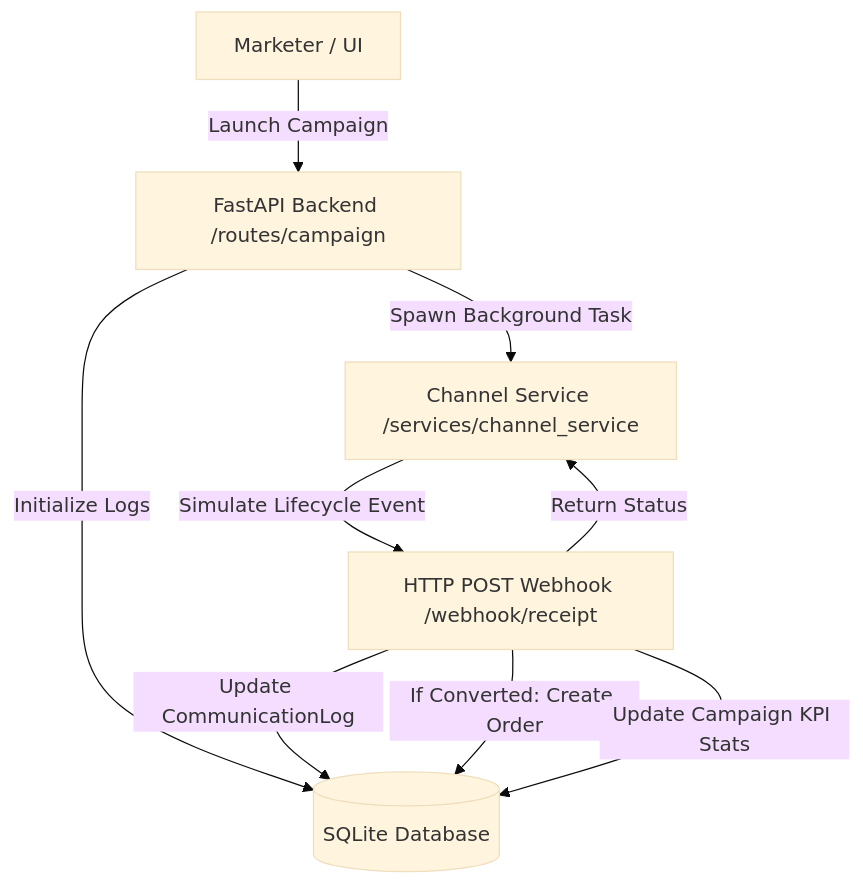
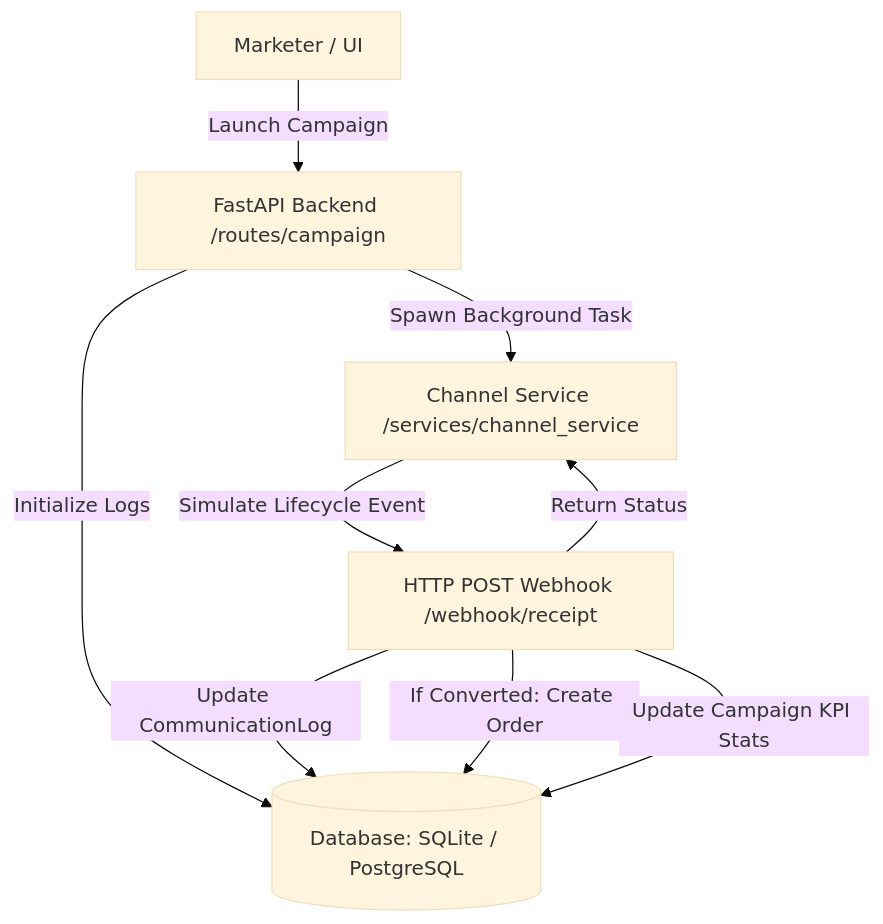
Before and after one commit to Arjun-maurya7/Xeno: the diagram in README.md, drawn with Mermaid (base theme). The commit also changed other lines of this file and 1 other file, not shown here.

Commit message:
docs: update database stack to SQLite/PostgreSQL and migration details

````diff
--- a/README.md
+++ b/README.md
@@ -89,11 +91,11 @@
 ```mermaid
 graph TD
     A[Marketer / UI] -->|Launch Campaign| B[FastAPI Backend /routes/campaign]
-    B -->|Initialize Logs| C[(SQLite Database)]
+    B -->|Initialize Logs| C[(Database: SQLite / PostgreSQL)]
     B -->|Spawn Background Task| D[Channel Service /services/channel_service]
     D -->|Simulate Lifecycle Event| E[HTTP POST Webhook /webhook/receipt]
     E -->|Update CommunicationLog| C
     E -->|If Converted: Create Order| C
     E -->|Update Campaign KPI Stats| C
     E -->|Return Status| D
 ```
````
